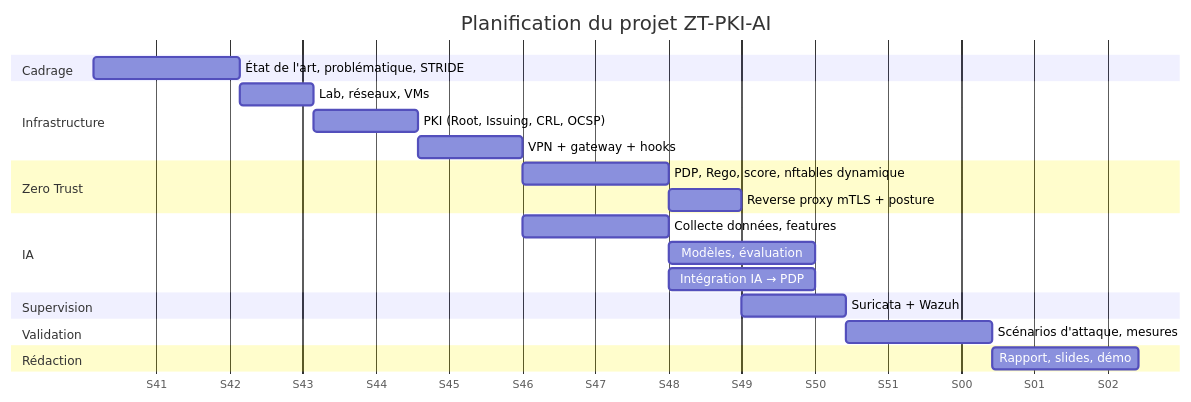
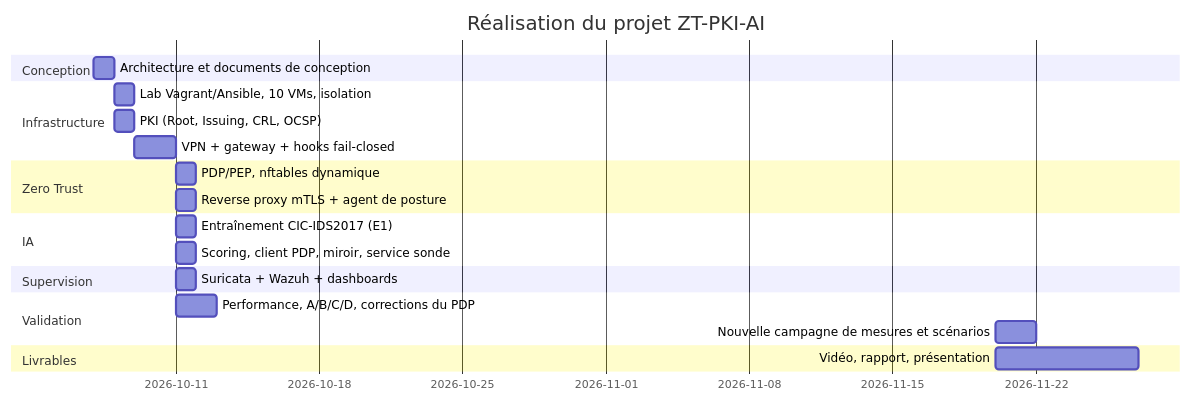
One commit to Ahmed1-Rebai/ZT-PKI-AI changed the diagram in docs/10-planning-livrables.md. Above: the diagram before and after it, drawn with Mermaid. The commit also changed other lines of this file and 105 other files, not shown here.

````diff
--- a/docs/10-planning-livrables.md
+++ b/docs/10-planning-livrables.md
@@ -7,25 +7,24 @@
 ```mermaid
 gantt
-  title Planification du projet ZT-PKI-AI
+  title Réalisation du projet ZT-PKI-AI
   dateFormat  YYYY-MM-DD
-  axisFormat  S%W
-  section Cadrage
-  État de l'art, problématique, STRIDE   :a1, 2026-10-12, 14d
+  section Conception
+  Architecture et documents de conception      :a1, 2026-10-07, 1d
   section Infrastructure
-  Lab, réseaux, VMs                      :b1, after a1, 7d
-  PKI (Root, Issuing, CRL, OCSP)         :b2, after b1, 10d
-  VPN + gateway + hooks                  :b3, after b2, 10d
+  Lab Vagrant/Ansible, 10 VMs, isolation       :b1, 2026-10-08, 1d
+  PKI (Root, Issuing, CRL, OCSP)               :b2, 2026-10-08, 1d
+  VPN + gateway + hooks fail-closed            :b3, 2026-10-09, 2d
   section Zero Trust
-  PDP, Rego, score, nftables dynamique   :c1, after b3, 14d
-  Reverse proxy mTLS + posture           :c2, after c1, 7d
+  PDP/PEP, nftables dynamique                  :c1, 2026-10-11, 1d
+  Reverse proxy mTLS + agent de posture        :c2, 2026-10-11, 1d
   section IA
-  Collecte données, features             :d1, after b3, 14d
-  Modèles, évaluation                    :d2, after d1, 14d
-  Intégration IA → PDP                   :d3, after c1, 14d
+  Entraînement CIC-IDS2017 (E1)                :d1, 2026-10-11, 1d
+  Scoring, client PDP, miroir, service sonde   :d2, 2026-10-11, 1d
   section Supervision
-  Suricata + Wazuh                       :e1, after c2, 10d
+  Suricata + Wazuh + dashboards                :e1, 2026-10-11, 1d
   section Validation
-  Scénarios d'attaque, mesures           :f1, after e1, 14d
-  section Rédaction
-  Rapport, slides, démo                  :g1, after f1, 14d
+  Performance, A/B/C/D, corrections du PDP     :f1, 2026-10-11, 2d
+  Nouvelle campagne de mesures et scénarios    :f2, 2026-11-20, 2d
+  section Livrables
+  Vidéo, rapport, présentation                 :g1, 2026-11-20, 7d
 ```
````
